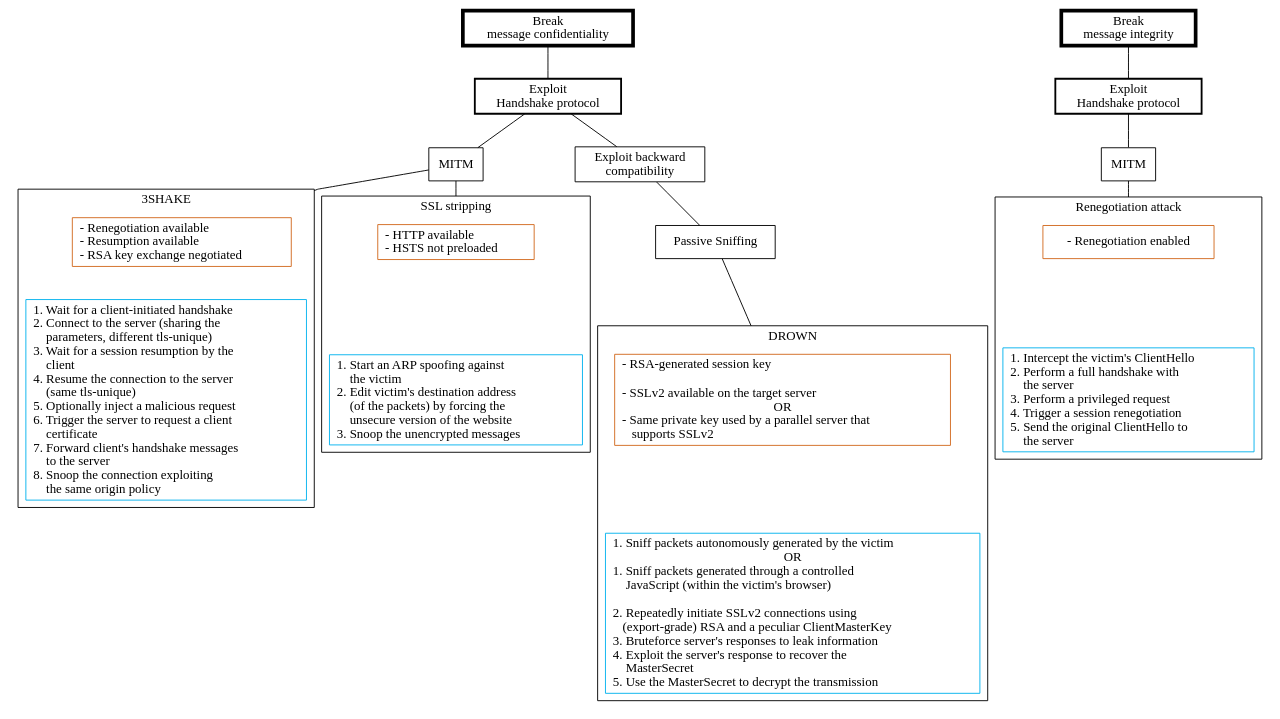
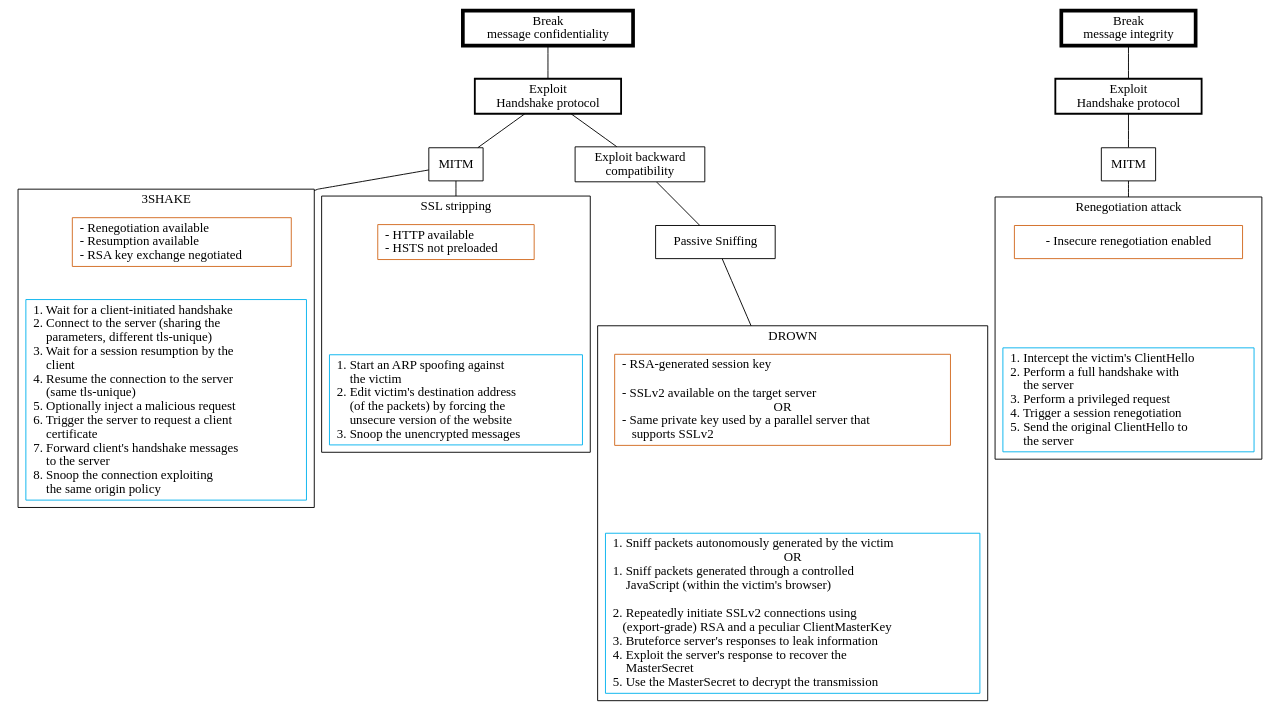
One commit to stfbk/tlsassistant changed the diagram in Evaluator/AttackTrees/BreakConfidentiality.dot. Above: the diagram before and after it, drawn with Graphviz. The commit also changed 6 other files, not shown here.

```diff
--- a/Evaluator/AttackTrees/BreakConfidentiality.dot
+++ b/Evaluator/AttackTrees/BreakConfidentiality.dot
@@ -1,86 +1,86 @@
 graph {
 #attributes
 splines=polyline;
 compound=true;
 node [shape=box];
 
 #legend
 # "node_name" [label appearing after the rendering] /*hooks for the highlighting process*/
 # NOTE: each highlight-able line must end with a slash (without a space following)
 
 #################Confidentiality Nodes#################
 ##----------Parents---------
 "conf_msg_C" [label = "Break\nmessage confidentiality"][penwidth=4] /* 3SHAKE HSTS_not_preloaded DROWN */
 "conf_tls_hshake" [label = "Exploit\nHandshake protocol"][penwidth=2] /* 3SHAKE HSTS_not_preloaded DROWN */
 
 "conf_legacy" [label = "Exploit backward\ncompatibility"] /* DROWN */
 "conf_sniffing" [label = "Passive Sniffing"]/* DROWN */
 
 "conf_mitm" [label = "MITM"] /* 3SHAKE HSTS_not_preloaded */
 
 ##----------Leaves----------
 "conf_drown_1" [label = "- RSA-generated session key\l\n- SSLv2 available on the target server\lOR\n- Same private key used by a parallel server that\l    supports SSLv2\l"][color=chocolate]
 "conf_drown_2" [label = "1. Sniff packets autonomously generated by the victim\lOR\n1. Sniff packets generated through a controlled\l     JavaScript (within the victim's browser)\l\n2. Repeatedly initiate SSLv2 connections using\l    (export-grade) RSA and a peculiar ClientMasterKey\l3. Bruteforce server's responses to leak information\l4. Exploit the server's response to recover the\l     MasterSecret\l5. Use the MasterSecret to decrypt the transmission\l"][color=deepskyblue2]
 
 "conf_3shake_1" [label = "- Renegotiation available\l- Resumption available\l- RSA key exchange negotiated\l"][color=chocolate]
 "conf_3shake_2" [label = "1. Wait for a client-initiated handshake\l2. Connect to the server (sharing the\l     parameters, different tls-unique)\l3. Wait for a session resumption by the\l     client\l4. Resume the connection to the server\l     (same tls-unique)\l5. Optionally inject a malicious request\l6. Trigger the server to request a client\l     certificate\l7. Forward client's handshake messages\l     to the server\l8. Snoop the connection exploiting\l     the same origin policy\l"][color=deepskyblue2]
 
 "conf_stripping_1" [label = "- HTTP available\l- HSTS not preloaded\l"][color=chocolate]
 "conf_stripping_2" [label = "1. Start an ARP spoofing against\l     the victim\l2. Edit victim's destination address\l     (of the packets) by forcing the\l     unsecure version of the website\l3. Snoop the unencrypted messages\l"][color=deepskyblue2]
 
 #-----------Edges-----------
 ## root
 	"conf_msg_C" -- "conf_tls_hshake" /* 3SHAKE HSTS_not_preloaded DROWN */
 
 ### handshake subtree
 	"conf_tls_hshake" -- "conf_legacy" /* DROWN */
 	"conf_tls_hshake" -- "conf_mitm" /* 3SHAKE HSTS_not_preloaded */
 
 ### legacy subtree
 	"conf_legacy" -- "conf_sniffing" /* DROWN */
 
 ##### sniffing subtree
 	"conf_sniffing" -- "conf_drown_1" [lhead=cluster_drown] /* DROWN */
 
 #### MITM subtree
 	"conf_mitm" -- "conf_3shake_1" [lhead=cluster_3shake]/* 3SHAKE */
 	"conf_mitm" -- "conf_stripping_1" [lhead=cluster_stripping] /* HSTS_not_preloaded */
 
 #-----------Subgraphs-----------
 
 	subgraph cluster_drown {
 		label="DROWN";
 		"conf_drown_1" -- "conf_drown_2" [style=invis];
 	}
 	subgraph cluster_3shake {
 		label="3SHAKE";
 		"conf_3shake_1" -- "conf_3shake_2" [style=invis];
 	}
 	subgraph cluster_stripping {
 		label="SSL stripping";
 		"conf_stripping_1" -- "conf_stripping_2" [style=invis];
 	}
 
 #################Integrity Nodes#################
 ##----------Parents---------
 "int_msg_I" [label = "Break\nmessage integrity"][penwidth=4] /* RENEGOTIATION */
 "int_tls_hshake" [label = "Exploit\nHandshake protocol"][penwidth=2] /* RENEGOTIATION */
 "int_mitm" [label = "MITM"] /* RENEGOTIATION */
 
 ##----------Leaves----------
-"int_reneg_1" [label = "- Renegotiation enabled"][color=chocolate]
+"int_reneg_1" [label = "- Insecure renegotiation enabled"][color=chocolate]
 "int_reneg_2" [label = "1. Intercept the victim's ClientHello\l2. Perform a full handshake with\l     the server\l3. Perform a privileged request\l4. Trigger a session renegotiation\l5. Send the original ClientHello to\l     the server\l"][color=deepskyblue2]
 
 #-----------Edges-----------
 ## root
 	"int_msg_I" -- "int_tls_hshake"  /* RENEGOTIATION */
 	"int_tls_hshake" -- "int_mitm"  /* RENEGOTIATION */
 	"int_mitm" -- "int_reneg_1" [lhead=cluster_renegotiation] /* RENEGOTIATION */
 
 #-----------Subgraphs-----------
 
 	subgraph cluster_renegotiation {
 		label="Renegotiation attack";
 		"int_reneg_1" -- "int_reneg_2" [style=invis];
 	}	
 }
```
